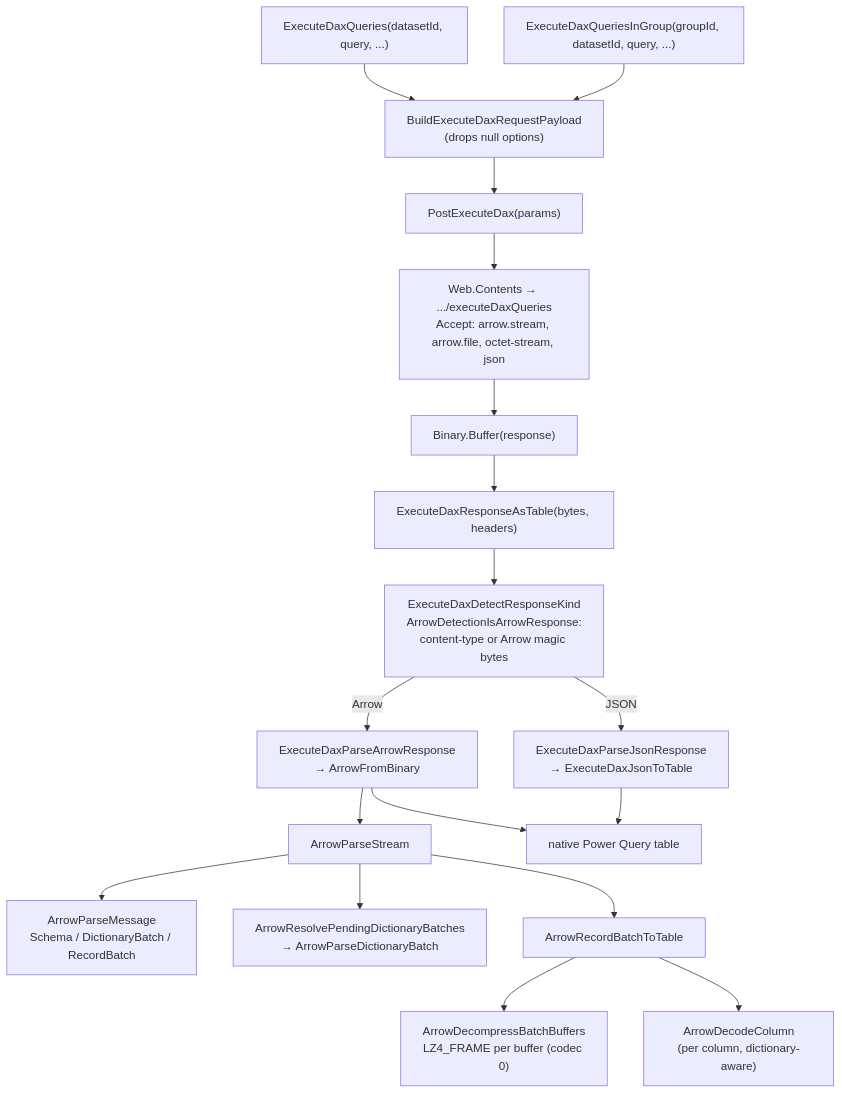
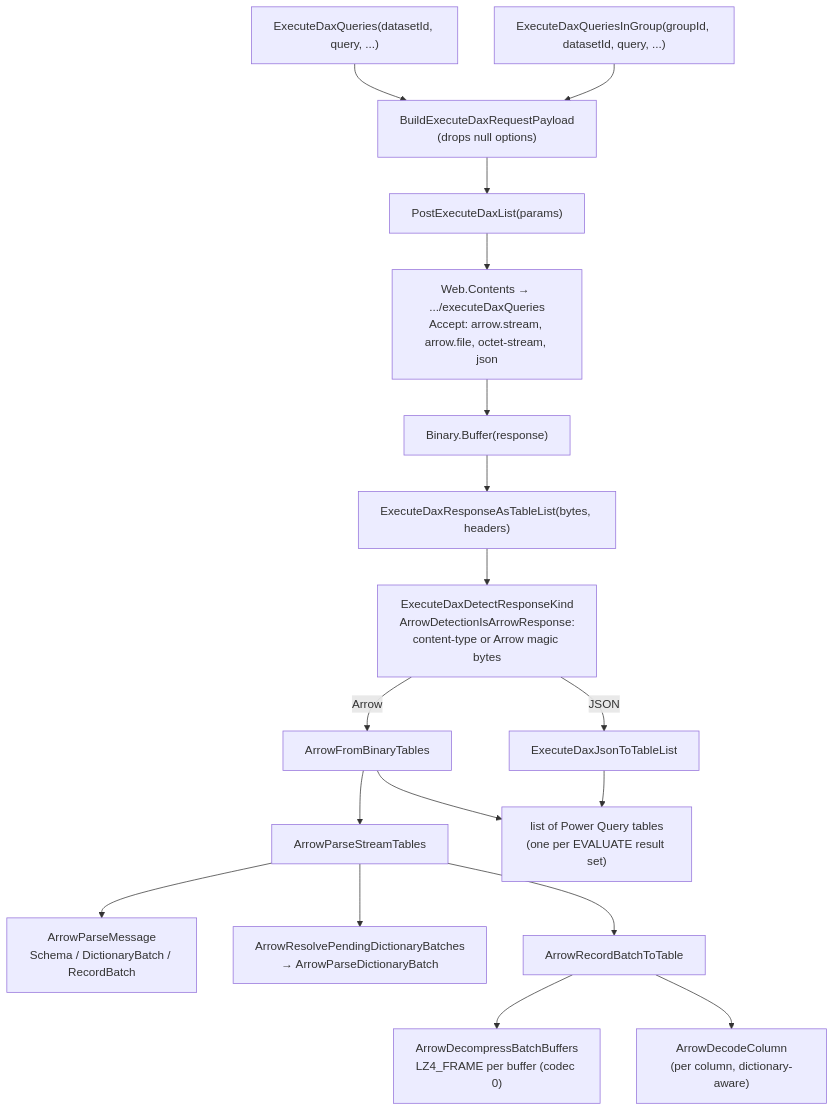
Before and after one commit to kerski/powerquery-connector-pbi-rest-api-commercial: the diagram in README.md, drawn with Mermaid. The commit also changed other lines of this file and 24 other files, not shown here.

````diff
--- a/README.md
+++ b/README.md
@@ -175,20 +175,20 @@
 ```mermaid
 flowchart TD
     A["ExecuteDaxQueries(datasetId, query, ...)"] --> P
     B["ExecuteDaxQueriesInGroup(groupId, datasetId, query, ...)"] --> P
-    P["BuildExecuteDaxRequestPayload<br/>(drops null options)"] --> PD["PostExecuteDax(params)"]
+    P["BuildExecuteDaxRequestPayload<br/>(drops null options)"] --> PD["PostExecuteDaxList(params)"]
     PD --> WC["Web.Contents → .../executeDaxQueries<br/>Accept: arrow.stream, arrow.file, octet-stream, json"]
     WC --> BB["Binary.Buffer(response)"]
-    BB --> RT["ExecuteDaxResponseAsTable(bytes, headers)"]
+    BB --> RT["ExecuteDaxResponseAsTableList(bytes, headers)"]
     RT --> DK["ExecuteDaxDetectResponseKind<br/>ArrowDetectionIsArrowResponse:<br/>content-type or Arrow magic bytes"]
-    DK -->|Arrow| AR["ExecuteDaxParseArrowResponse<br/>→ ArrowFromBinary"]
-    DK -->|JSON| JS["ExecuteDaxParseJsonResponse<br/>→ ExecuteDaxJsonToTable"]
-    AR --> PS["ArrowParseStream"]
+    DK -->|Arrow| AR["ArrowFromBinaryTables"]
+    DK -->|JSON| JS["ExecuteDaxJsonToTableList"]
+    AR --> PS["ArrowParseStreamTables"]
     PS --> PM["ArrowParseMessage<br/>Schema / DictionaryBatch / RecordBatch"]
     PS --> RDB["ArrowResolvePendingDictionaryBatches<br/>→ ArrowParseDictionaryBatch"]
     PS --> RB["ArrowRecordBatchToTable"]
     RB --> DCB["ArrowDecompressBatchBuffers<br/>LZ4_FRAME per buffer (codec 0)"]
     RB --> DEC["ArrowDecodeColumn<br/>(per column, dictionary-aware)"]
-    AR --> T["native Power Query table"]
+    AR --> T["list of Power Query tables<br/>(one per EVALUATE result set)"]
     JS --> T
 ```
````
